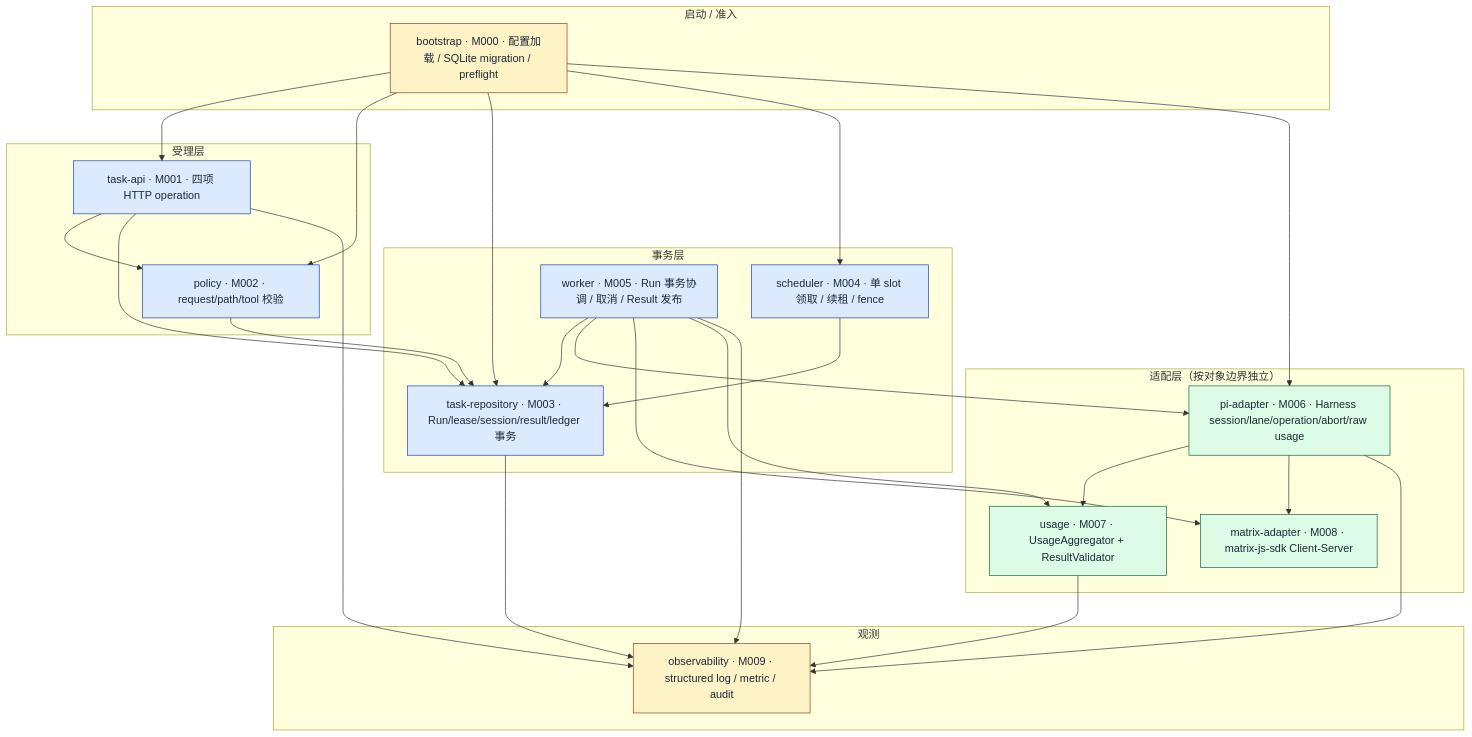
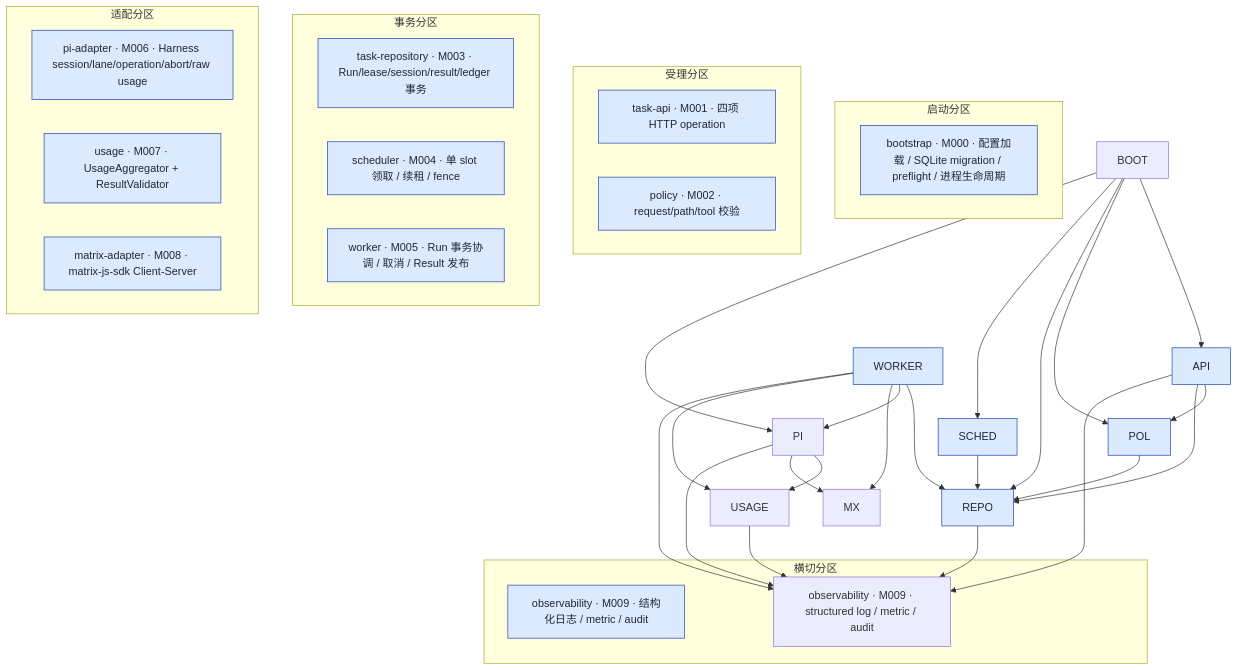
The second of 7 diagrams in docs/20_system_design/piko-agent-runtime-design-v0.3.md (corezilla/piko), drawn with Mermaid before and after one commit. The commit also changed other lines of this file and 4 other files, not shown here.

````diff
--- a/docs/20_system_design/piko-agent-runtime-design-v0.3.md
+++ b/docs/20_system_design/piko-agent-runtime-design-v0.3.md
@@ -73,56 +75,58 @@
 ```mermaid
 flowchart TD
-  classDef subsystem fill:#fef3c7,stroke:#92400e,color:#1f2937
   classDef module fill:#dbeafe,stroke:#1e40af,color:#1f2937
-  classDef adapter fill:#dcfce7,stroke:#166534,color:#1f2937
 
-  subgraph Boot["启动 / 准入"]
-    BOOT["bootstrap · M000 · 配置加载 / SQLite migration / preflight"]
+  subgraph Boot["启动分区"]
+    M000["bootstrap · M000 · 配置加载 / SQLite migration / preflight / 进程生命周期"]:::module
   end
 
-  subgraph Intake["受理层"]
-    API["task-api · M001 · 四项 HTTP operation"]
-    POL["policy · M002 · request/path/tool 校验"]
+  subgraph Intake["受理分区"]
+    M001["task-api · M001 · 四项 HTTP operation"]:::module
+    M002["policy · M002 · request/path/tool 校验"]:::module
   end
 
-  subgraph Store["事务层"]
-    REPO["task-repository · M003 · Run/lease/session/result/ledger 事务"]
-    SCHED["scheduler · M004 · 单 slot 领取 / 续租 / fence"]
-    WORKER["worker · M005 · Run 事务协调 / 取消 / Result 发布"]
+  subgraph Store["事务分区"]
+    M003["task-repository · M003 · Run/lease/session/result/ledger 事务"]:::module
+    M004["scheduler · M004 · 单 slot 领取 / 续租 / fence"]:::module
+    M005["worker · M005 · Run 事务协调 / 取消 / Result 发布"]:::module
   end
 
-  subgraph Adapt["适配层（按对象边界独立）"]
-    PI["pi-adapter · M006 · Harness session/lane/operation/abort/raw usage"]
-    USAGE["usage · M007 · UsageAggregator + ResultValidator"]
-    MX["matrix-adapter · M008 · matrix-js-sdk Client-Server"]
+  subgraph Adapt["适配分区"]
+    M006["pi-adapter · M006 · Harness session/lane/operation/abort/raw usage"]:::module
+    M007["usage · M007 · UsageAggregator + ResultValidator"]:::module
+    M008["matrix-adapter · M008 · matrix-js-sdk Client-Server"]:::module
+  end
+
+  subgraph Obs["横切分区"]
+    M009["observability · M009 · 结构化日志 / metric / audit"]:::module
   end
 
   subgraph Obs["观测"]
     OBS["observability · M009 · structured log / metric / audit"]
   end
 
   BOOT --> API
   BOOT --> POL
   BOOT --> REPO
   BOOT --> SCHED
   BOOT --> PI
   API --> POL
   API --> REPO
   POL --> REPO
   SCHED --> REPO
   WORKER --> REPO
   WORKER --> PI
   WORKER --> MX
   WORKER --> USAGE
   PI --> USAGE
   PI --> MX
   PI --> OBS
   REPO --> OBS
   API --> OBS
   USAGE --> OBS
   WORKER --> OBS
 
   class API,POL,REPO,SCHED,WORKER module
   class PI,USAGE,MX adapter
   class BOOT,OBS subsystem
 ```
````
